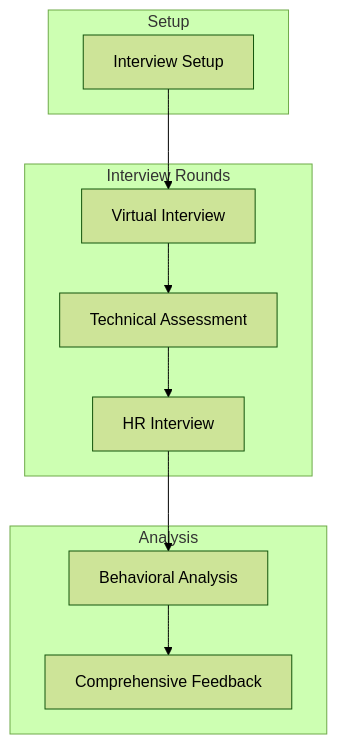
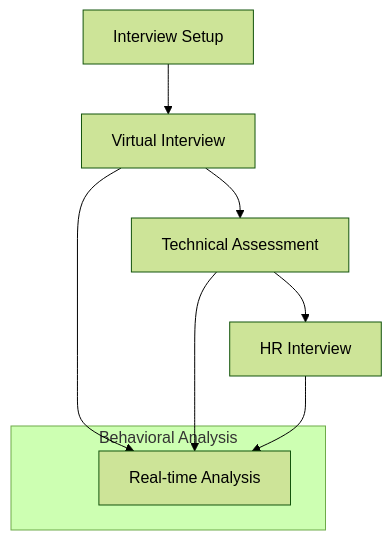
One commit to MaheshSharan/AI-Powered-Interview-Preparation-System-AIPS- changed the fourth of 5 diagrams in AIPS_Todo_List.md. Above: the diagram before and after it, drawn with Mermaid (forest theme). The commit also changed other lines of this file and 12 other files, not shown here.

First line of the commit message:
Refactor dashboard navigation and enhance interview flow

````diff
--- a/AIPS_Todo_List.md
+++ b/AIPS_Todo_List.md
@@ -236,23 +227,14 @@
 ```mermaid
 graph TD
     A[Interview Setup] --> B[Virtual Interview]
     B --> C[Technical Assessment]
     C --> D[HR Interview]
-    D --> E[Behavioral Analysis]
-    E --> F[Comprehensive Feedback]
     
-    subgraph Setup
-    A
+    subgraph Behavioral Analysis
+    E[Real-time Analysis]
     end
     
-    subgraph Interview Rounds
-    B
-    C
-    D
-    end
-    
-    subgraph Analysis
-    E
-    F
-    end
+    B --> E
+    C --> E
+    D --> E
 ```
````
